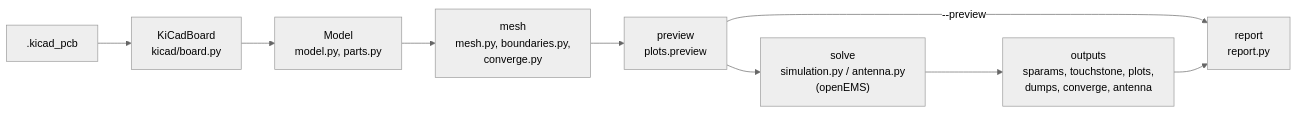
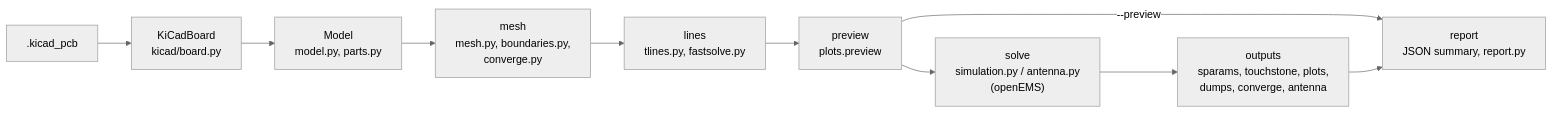
One commit to lowprocess/kicad2ems changed the diagram in docs/architecture.md. Above: the diagram before and after it, drawn with Mermaid (neutral theme). The commit also changed other lines of this file and 13 other files, not shown here.

````diff
--- a/docs/architecture.md
+++ b/docs/architecture.md
@@ -10,11 +11,12 @@
 ```mermaid
 flowchart LR
     A[".kicad_pcb"] --> B["KiCadBoard<br/>kicad/board.py"]
     B --> C["Model<br/>model.py, parts.py"]
     C --> D["mesh<br/>mesh.py, boundaries.py,<br/>converge.py"]
-    D --> E["preview<br/>plots.preview"]
+    D --> L["lines<br/>tlines.py, fastsolve.py"]
+    L --> E["preview<br/>plots.preview"]
     E -->|--preview| R
     E --> F["solve<br/>simulation.py / antenna.py<br/>(openEMS)"]
     F --> G["outputs<br/>sparams, touchstone, plots,<br/>dumps, converge, antenna"]
-    G --> R["report<br/>report.py"]
+    G --> R["report<br/>JSON summary, report.py"]
 ```
````
